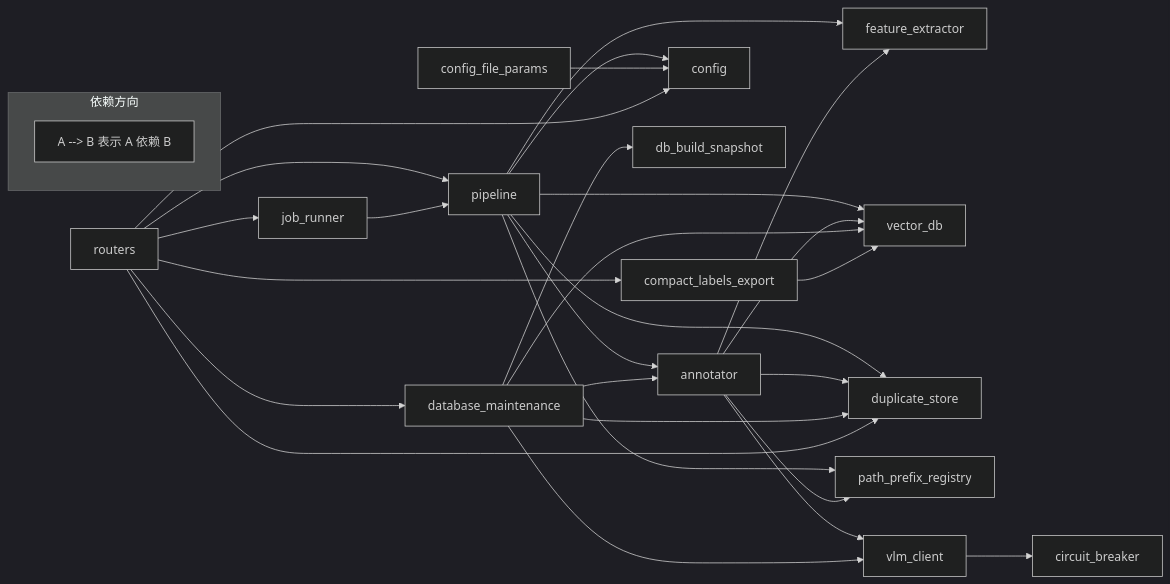
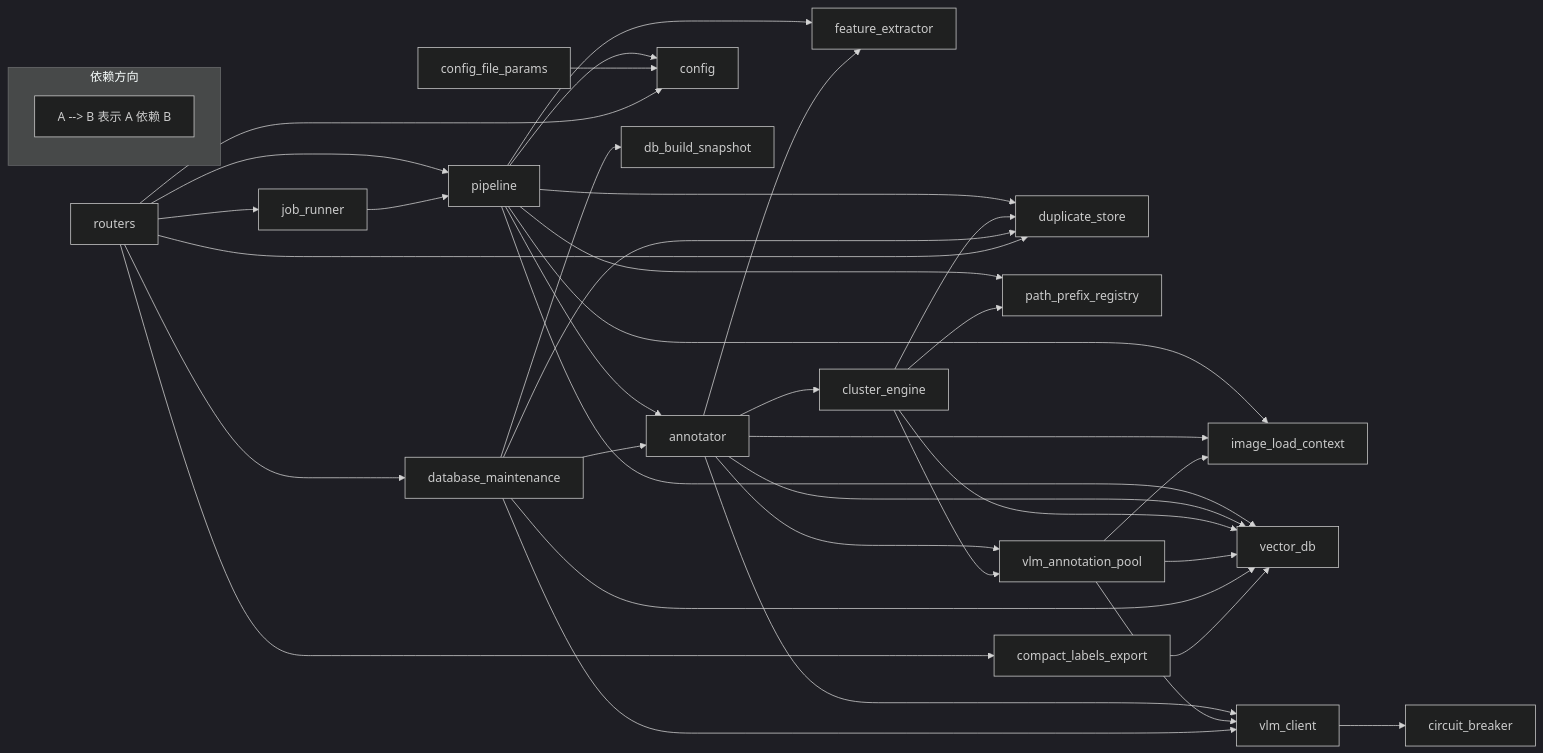
The third of 8 diagrams in notes/for_developer/ARCHITECTURE.md (cantbeblank96/auto_tag), drawn with Mermaid (dark theme) before and after one commit. The commit also changed other lines of this file and 36 other files, not shown here.

````diff
--- a/notes/for_developer/ARCHITECTURE.md
+++ b/notes/for_developer/ARCHITECTURE.md
@@ -127,40 +155,51 @@
 ```mermaid
 graph LR
     %% 核心层依赖
     pipeline --> annotator
+    pipeline --> image_load_context
     pipeline --> feature_extractor
     pipeline --> vector_db
     pipeline --> duplicate_store
     pipeline --> path_prefix_registry
     pipeline --> config
 
+    annotator --> cluster_engine
+    annotator --> vlm_annotation_pool
     annotator --> feature_extractor
     annotator --> vector_db
     annotator --> vlm_client
-    annotator --> duplicate_store
-    annotator --> path_prefix_registry
+    annotator --> image_load_context
+
+    cluster_engine --> vector_db
+    cluster_engine --> duplicate_store
+    cluster_engine --> path_prefix_registry
+    cluster_engine --> vlm_annotation_pool
+
+    vlm_annotation_pool --> vlm_client
+    vlm_annotation_pool --> vector_db
+    vlm_annotation_pool --> image_load_context
 
     database_maintenance --> annotator
     database_maintenance --> vector_db
     database_maintenance --> vlm_client
     database_maintenance --> duplicate_store
     database_maintenance --> db_build_snapshot
 
     vlm_client --> circuit_breaker
     compact_labels_export --> vector_db
     config_file_params --> config
 
     %% 后端依赖
     routers --> config
     routers --> pipeline
     routers --> job_runner
     routers --> database_maintenance
     routers --> duplicate_store
     routers --> compact_labels_export
     job_runner --> pipeline
 
     %% 依赖方向说明
     subgraph 依赖方向
         DIR["A --> B 表示 A 依赖 B"]
     end
 ```
````
